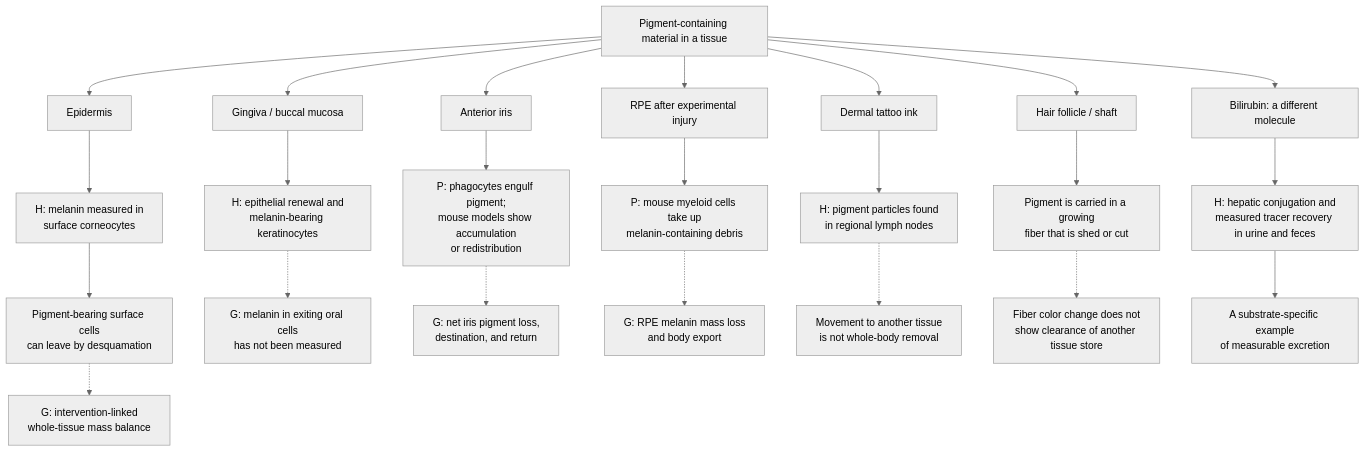
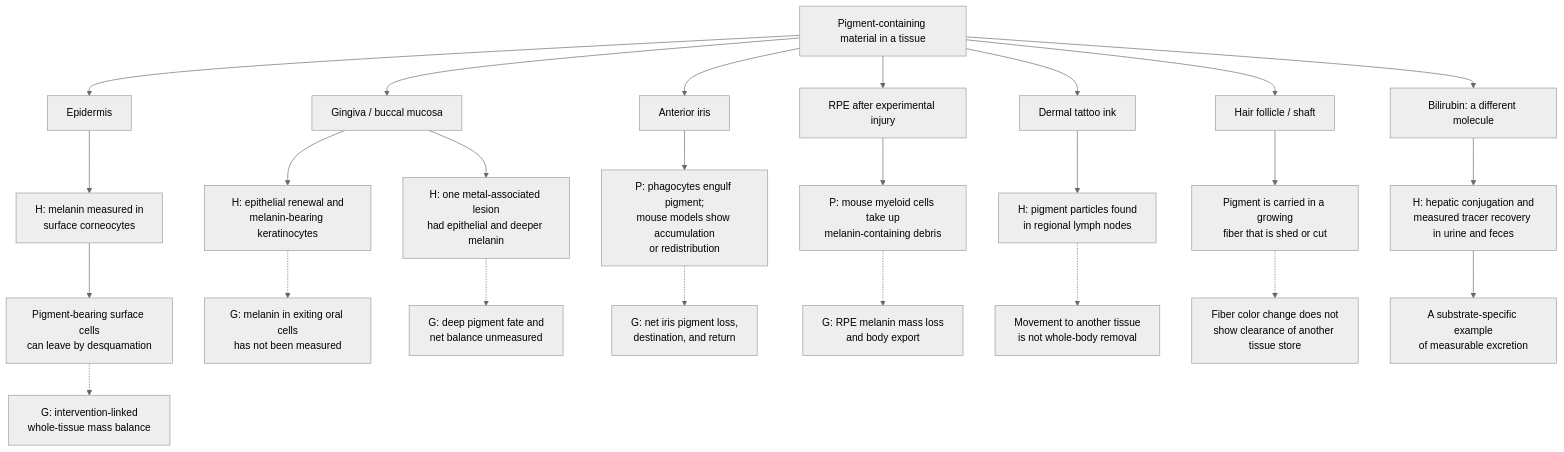
Before and after one commit to dylanstechmann/iris-color-without-contacts: the fifth of 9 diagrams in research/selective-clearance-framework.md, drawn with Mermaid (neutral theme). The commit also changed other lines of this file, not shown here.

Commit message:
Add deeper gingival pigment compartment

````diff
--- a/research/selective-clearance-framework.md
+++ b/research/selective-clearance-framework.md
@@ -130,26 +130,28 @@
 ```mermaid
 flowchart TD
     A["Pigment-containing material in a tissue"]
     A --> S["Epidermis"]
     S --> SC["H: melanin measured in<br/>surface corneocytes"]
     SC --> SS["Pigment-bearing surface cells<br/>can leave by desquamation"]
     SS -.-> SG["G: intervention-linked<br/>whole-tissue mass balance"]
     A --> G["Gingiva / buccal mucosa"]
     G --> GE["H: epithelial renewal and<br/>melanin-bearing keratinocytes"]
     GE -.-> GG["G: melanin in exiting oral cells<br/>has not been measured"]
+    G --> GM["H: one metal-associated lesion<br/>had epithelial and deeper melanin"]
+    GM -.-> GMD["G: deep pigment fate and<br/>net balance unmeasured"]
     A --> I["Anterior iris"]
     I --> IP["P: phagocytes engulf pigment;<br/>mouse models show accumulation<br/>or redistribution"]
     IP -.-> IG["G: net iris pigment loss,<br/>destination, and return"]
     A --> R["RPE after experimental injury"]
     R --> RP["P: mouse myeloid cells take up<br/>melanin-containing debris"]
     RP -.-> RG["G: RPE melanin mass loss<br/>and body export"]
     A --> T["Dermal tattoo ink"]
     T --> TN["H: pigment particles found<br/>in regional lymph nodes"]
     TN -.-> TG["Movement to another tissue<br/>is not whole-body removal"]
     A --> H["Hair follicle / shaft"]
     H --> HS["Pigment is carried in a growing<br/>fiber that is shed or cut"]
     HS -.-> HG["Fiber color change does not<br/>show clearance of another tissue store"]
     A --> B["Bilirubin: a different molecule"]
     B --> BL["H: hepatic conjugation and<br/>measured tracer recovery in urine and feces"]
     BL --> BX["A substrate-specific example<br/>of measurable excretion"]
 ```
````
